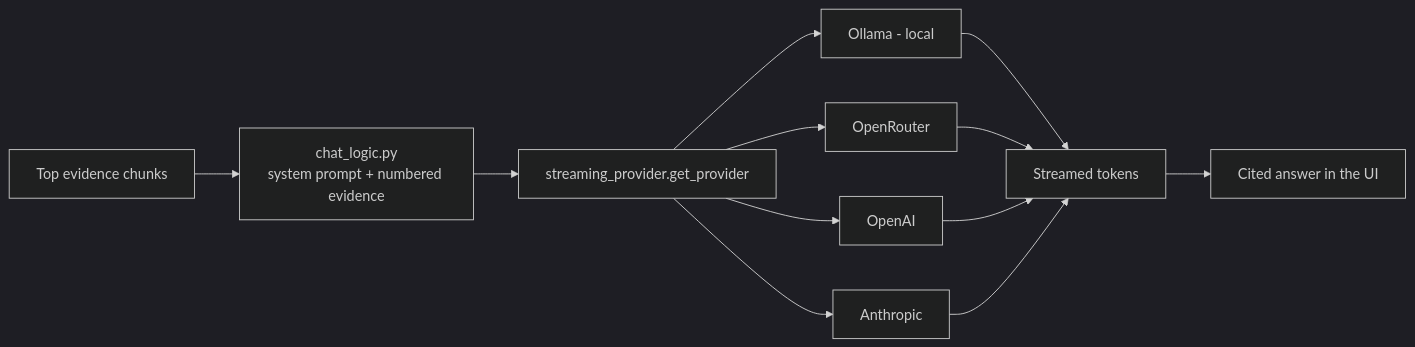
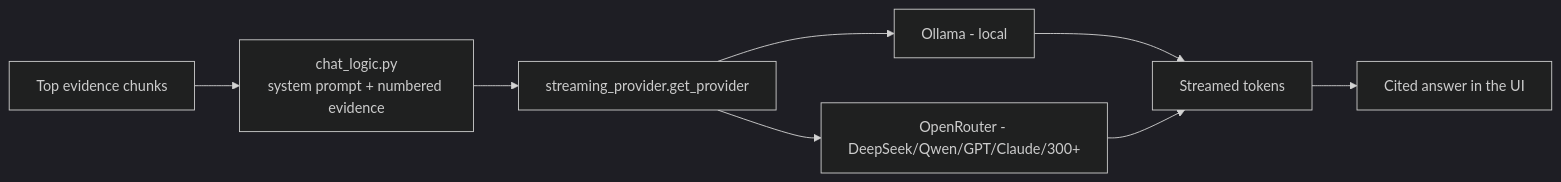
Before and after one commit to anistondeveloperteam-ANT/Audio-research-assistant: the fourth of 5 diagrams in docs/PIPELINE.md, drawn with Mermaid (dark theme). The commit also changed other lines of this file and 7 other files, not shown here.

First line of the commit message:
Slim to two LLM providers: Ollama + OpenRouter

````diff
--- a/docs/PIPELINE.md
+++ b/docs/PIPELINE.md
@@ -181,14 +181,10 @@
 ```mermaid
 flowchart LR
     EV[Top evidence chunks] --> SP[chat_logic.py<br/>system prompt + numbered evidence]
     SP --> PROV[streaming_provider.get_provider]
     PROV --> OLL[Ollama - local]
-    PROV --> OR[OpenRouter]
-    PROV --> OAI[OpenAI]
-    PROV --> ANTH[Anthropic]
+    PROV --> OR[OpenRouter - DeepSeek/Qwen/GPT/Claude/300+]
     OLL --> TOK[Streamed tokens]
     OR --> TOK
-    OAI --> TOK
-    ANTH --> TOK
     TOK --> ANS[Cited answer in the UI]
 ```
````
